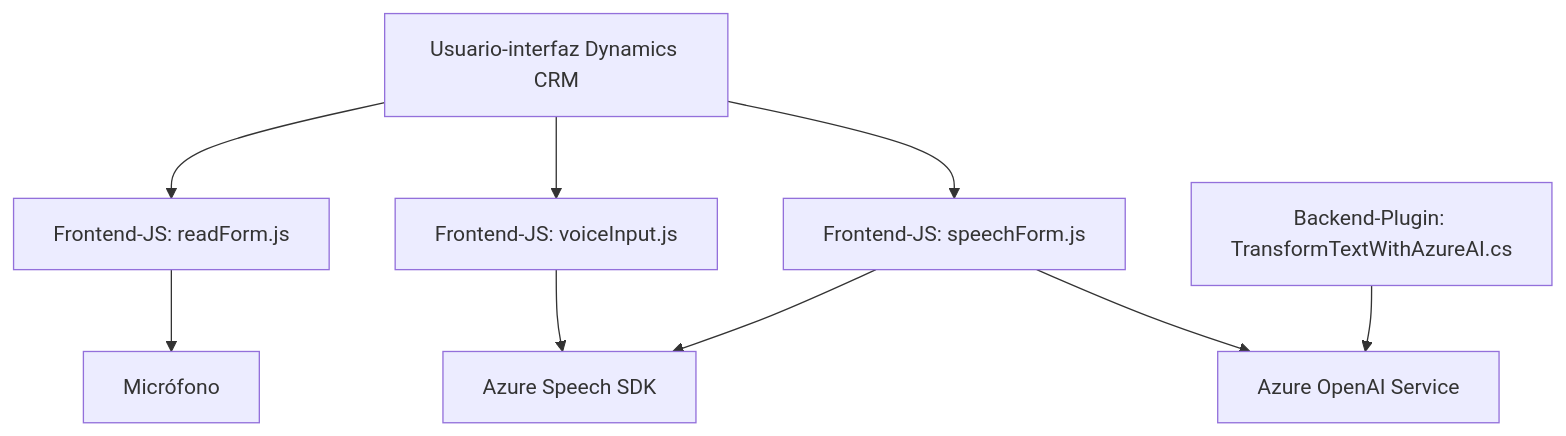
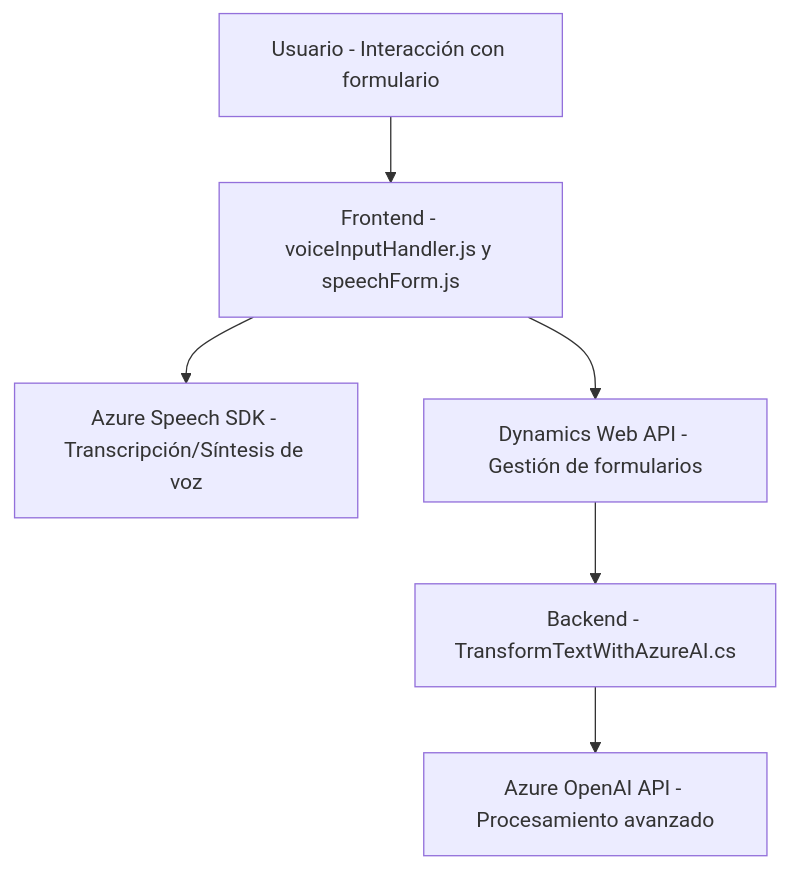
One commit to blopezdm/NETCORE_BILBAO2025 changed the diagram in README.md. Above: the diagram before and after it, drawn with Mermaid. The commit also changed other lines of this file, not shown here.

Commit message:
Actualizar análisis global de la solución con IA

````diff
--- a/README.md
+++ b/README.md
@@ -42,20 +45,15 @@
 ```mermaid
 graph TD
-    A["Usuario-interfaz Dynamics CRM"]
-    B["Frontend-JS: readForm.js"]
-    C["Frontend-JS: voiceInput.js"]
-    D["Frontend-JS: speechForm.js"]
-    E["Backend-Plugin: TransformTextWithAzureAI.cs"]
-    F["Azure Speech SDK"]
-    G["Azure OpenAI Service"]
-    H["Micrófono"]
-
+    A["Usuario - Interacción con formulario"]
+    B["Frontend - voiceInputHandler.js y speechForm.js"]
+    C["Azure Speech SDK - Transcripción/Síntesis de voz"]
+    D["Dynamics Web API - Gestión de formularios"]
+    E["Backend - TransformTextWithAzureAI.cs"]
+    F["Azure OpenAI API - Procesamiento avanzado"]
+    
     A --> B
-    A --> C
-    A --> D
-    D --> F
-    C --> F
-    D --> G
-    B --> H
-    E --> G
+    B --> C
+    B --> D
+    D --> E
+    E --> F
 ```
````
